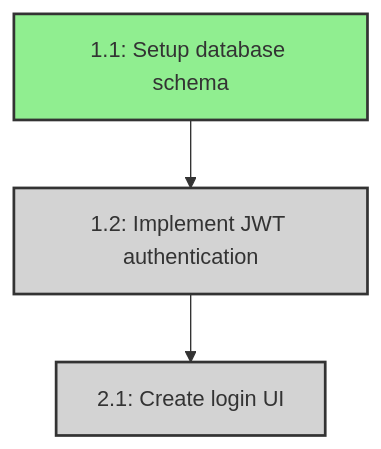
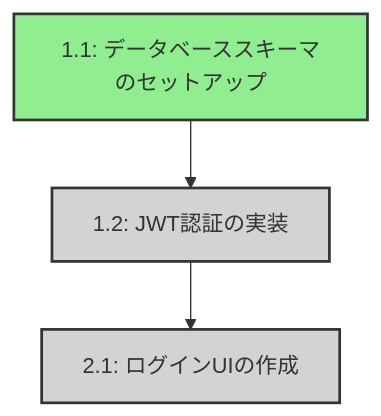
Before and after one commit to takashi-uchida/kiroween-skeleton-crew: the second of 2 diagrams in necrocode/task_registry/GRAPH_VISUALIZATION.md, drawn with Mermaid. The commit also changed other lines of this file and 34 other files, not shown here.

````diff
--- a/necrocode/task_registry/GRAPH_VISUALIZATION.md
+++ b/necrocode/task_registry/GRAPH_VISUALIZATION.md
@@ -196,15 +196,15 @@
 ```mermaid
 graph TD
-    task_1_1["1.1: Setup database schema"]
+    task_1_1["1.1: データベーススキーマのセットアップ"]
     class task_1_1 ready
-    task_1_2["1.2: Implement JWT authentication"]
+    task_1_2["1.2: JWT認証の実装"]
     class task_1_2 blocked
-    task_2_1["2.1: Create login UI"]
+    task_2_1["2.1: ログインUIの作成"]
     class task_2_1 blocked
 
     task_1_1 --> task_1_2
     task_1_2 --> task_2_1
 
     classDef ready fill:#90EE90,stroke:#333,stroke-width:2px
     classDef blocked fill:#D3D3D3,stroke:#333,stroke-width:2px
 ```
````
